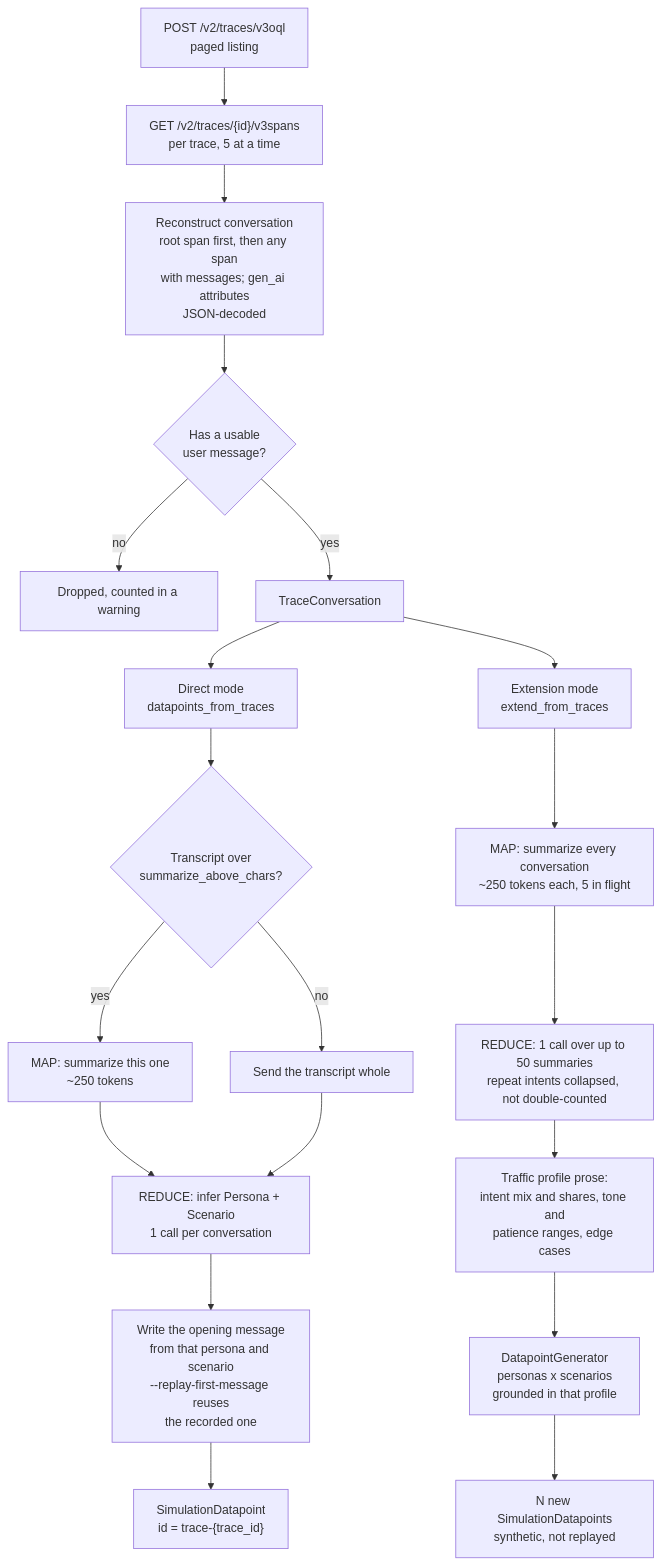
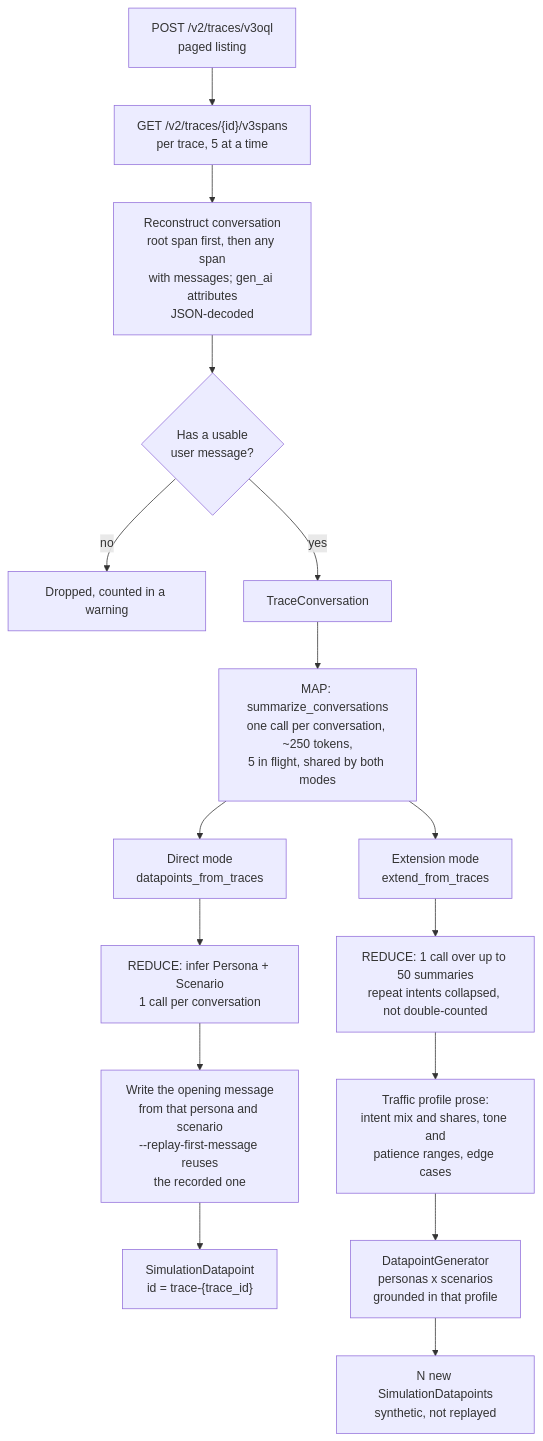
One commit to orq-ai/evaluatorq changed the second of 2 diagrams in docs/guides/agent-simulation.md. Above: the diagram before and after it, drawn with Mermaid. The commit also changed other lines of this file and 6 other files, not shown here.

````diff
--- a/docs/guides/agent-simulation.md
+++ b/docs/guides/agent-simulation.md
@@ -443,25 +451,22 @@
 ```mermaid
 flowchart TD
     A["POST /v2/traces/v3oql<br/>paged listing"] --> B["GET /v2/traces/{id}/v3spans<br/>per trace, 5 at a time"]
     B --> C["Reconstruct conversation<br/>root span first, then any span<br/>with messages; gen_ai attributes<br/>JSON-decoded"]
     C --> D{"Has a usable<br/>user message?"}
     D -- "no" --> E["Dropped, counted in a warning"]
     D -- "yes" --> F["TraceConversation"]
 
-    F --> G["Direct mode<br/>datapoints_from_traces"]
-    F --> H["Extension mode<br/>extend_from_traces"]
+    F --> S["MAP: summarize_conversations<br/>one call per conversation, ~250 tokens,<br/>5 in flight, shared by both modes"]
 
-    G --> G1{"Transcript over<br/>summarize_above_chars?"}
-    G1 -- "yes" --> G2["MAP: summarize this one<br/>~250 tokens"]
-    G1 -- "no" --> G3["Send the transcript whole"]
-    G2 --> I["REDUCE: infer Persona + Scenario<br/>1 call per conversation"]
-    G3 --> I
+    S --> G["Direct mode<br/>datapoints_from_traces"]
+    S --> H["Extension mode<br/>extend_from_traces"]
+
+    G --> I["REDUCE: infer Persona + Scenario<br/>1 call per conversation"]
     I --> J["Write the opening message<br/>from that persona and scenario<br/>--replay-first-message reuses<br/>the recorded one"]
     J --> K["SimulationDatapoint<br/>id = trace-{trace_id}"]
 
-    H --> H1["MAP: summarize every conversation<br/>~250 tokens each, 5 in flight"]
-    H1 --> L["REDUCE: 1 call over up to 50 summaries<br/>repeat intents collapsed, not double-counted"]
+    H --> L["REDUCE: 1 call over up to 50 summaries<br/>repeat intents collapsed, not double-counted"]
     L --> M["Traffic profile prose:<br/>intent mix and shares, tone and<br/>patience ranges, edge cases"]
     M --> N["DatapointGenerator<br/>personas x scenarios<br/>grounded in that profile"]
     N --> O["N new SimulationDatapoints<br/>synthetic, not replayed"]
 ```
````
